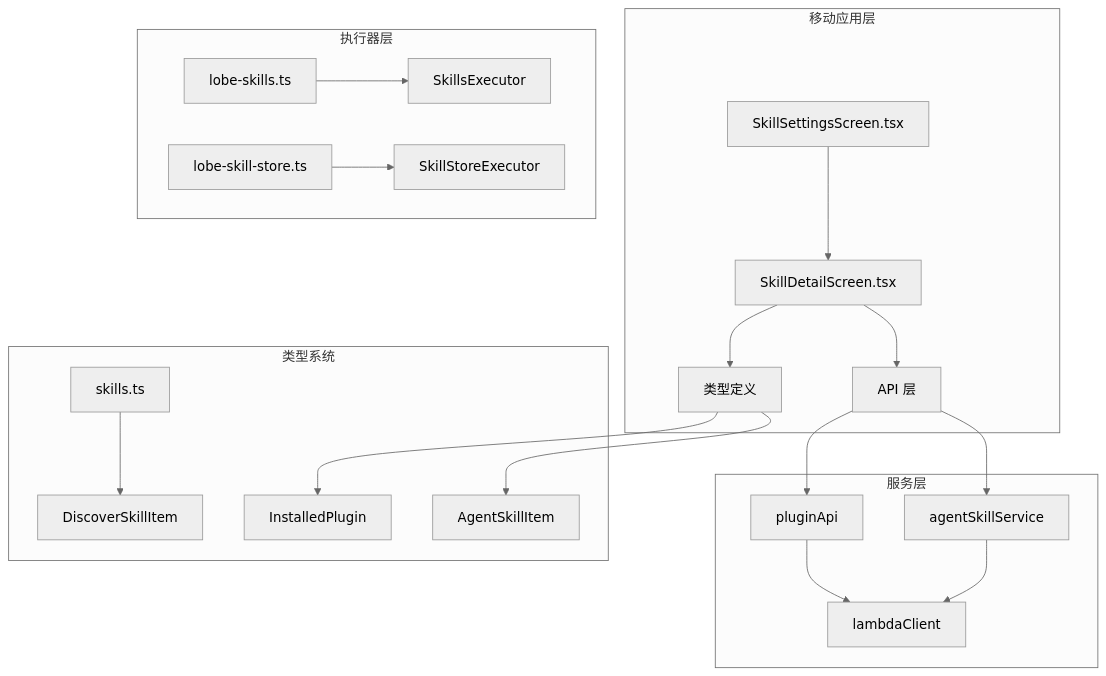
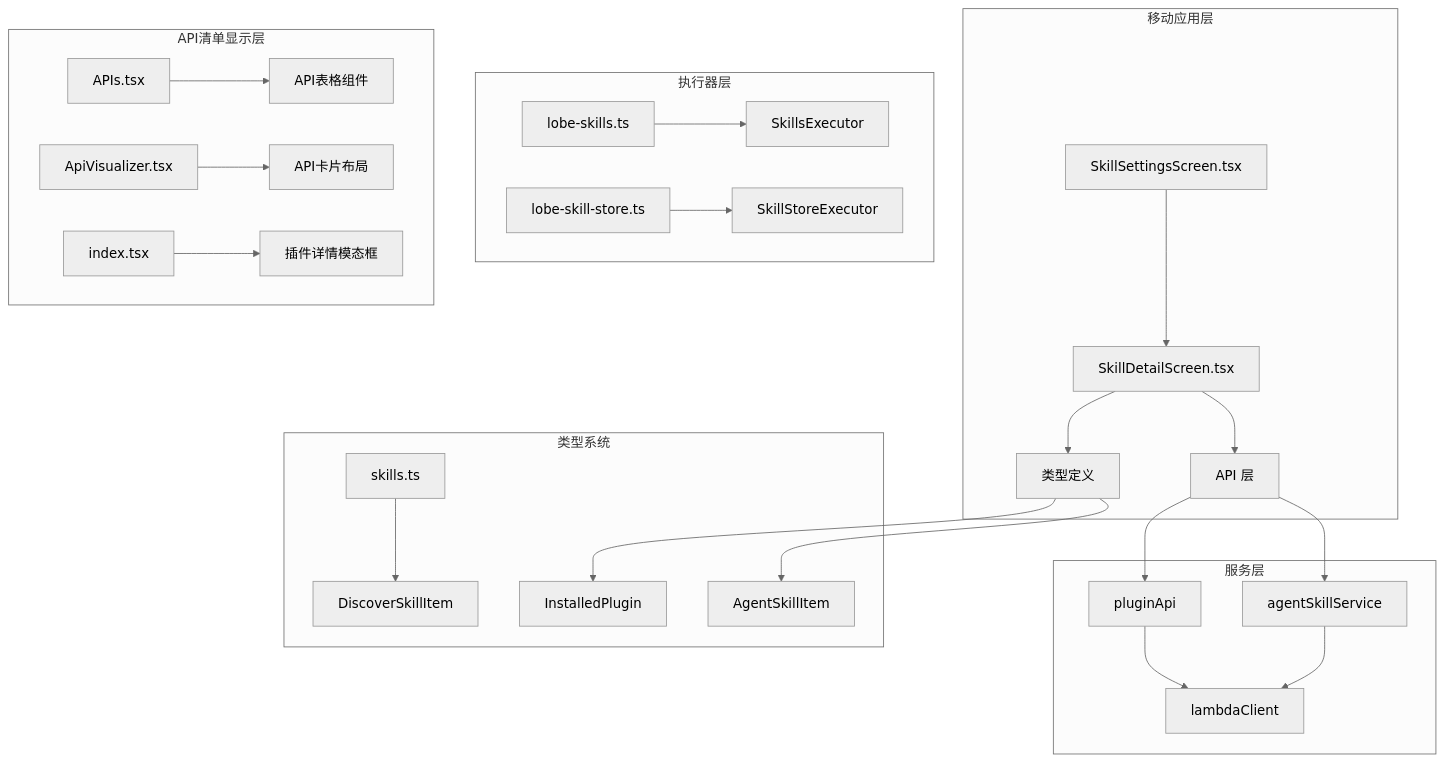
The first of 16 diagrams in .qoder/repowiki/zh/content/核心功能模块/技能管理系统/技能详情屏幕.md (AvatoLabs/avato), drawn with Mermaid (neutral theme) before and after one commit. The commit also changed other lines of this file and 158 other files, not shown here.

````diff
--- a/.qoder/repowiki/zh/content/核心功能模块/技能管理系统/技能详情屏幕.md
+++ b/.qoder/repowiki/zh/content/核心功能模块/技能管理系统/技能详情屏幕.md
@@ -37,23 +52,28 @@
 ```mermaid
 graph TB
 subgraph "移动应用层"
 A[SkillDetailScreen.tsx] --> B[API 层]
 A --> C[类型定义]
 D[SkillSettingsScreen.tsx] --> A
 end
 subgraph "服务层"
 B --> E[agentSkillService]
 B --> F[pluginApi]
 E --> G[lambdaClient]
 F --> G
 end
 subgraph "执行器层"
 H[lobe-skills.ts] --> I[SkillsExecutor]
 J[lobe-skill-store.ts] --> K[SkillStoreExecutor]
 end
 subgraph "类型系统"
 C --> L[AgentSkillItem]
 C --> M[InstalledPlugin]
 N[skills.ts] --> O[DiscoverSkillItem]
 end
+subgraph "API清单显示层"
+P[APIs.tsx] --> Q[API表格组件]
+R[ApiVisualizer.tsx] --> S[API卡片布局]
+T[index.tsx] --> U[插件详情模态框]
+end
 ```
````
